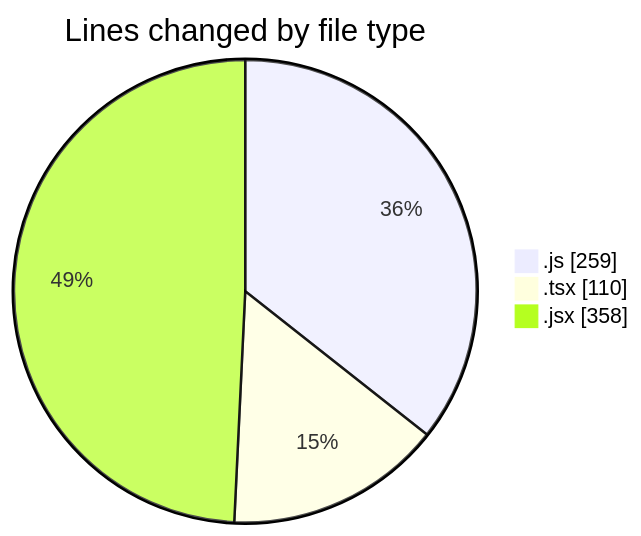
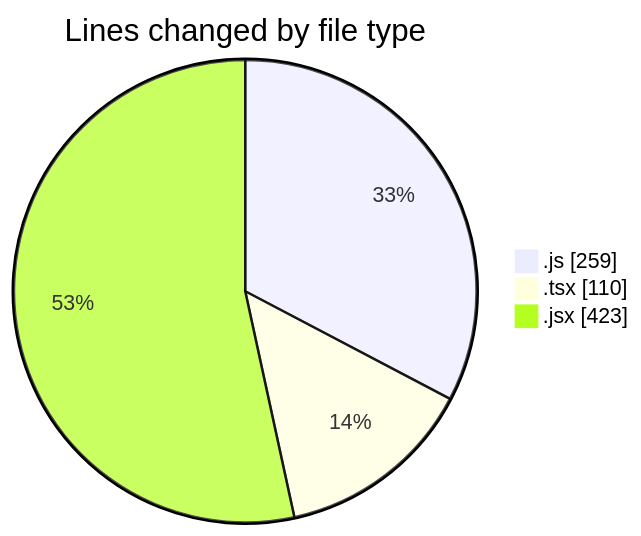
One commit to momahboobian/code-tracking changed the first of 2 diagrams in 2026-03-12/cda/README.md. Above: the diagram before and after it, drawn with Mermaid. The commit also changed other lines of this file and 1 other file, not shown here.

````diff
--- a/2026-03-12/cda/README.md
+++ b/2026-03-12/cda/README.md
@@ -26,7 +27,7 @@
 ```mermaid
 pie showData
 title Lines changed by file type
 ".js" : 259
 ".tsx" : 110
-".jsx" : 358
+".jsx" : 423
 ```
````
